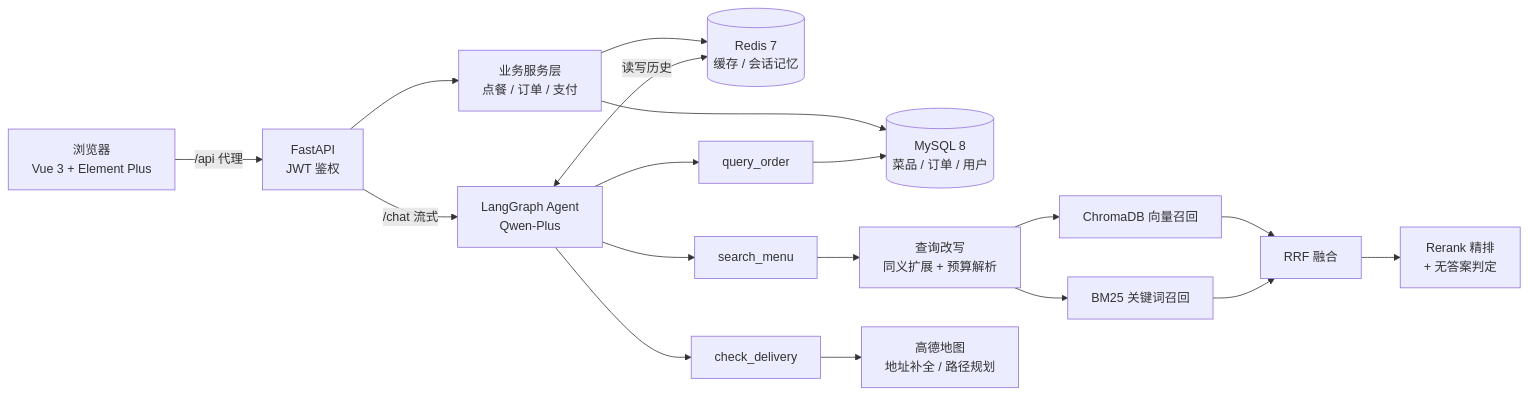
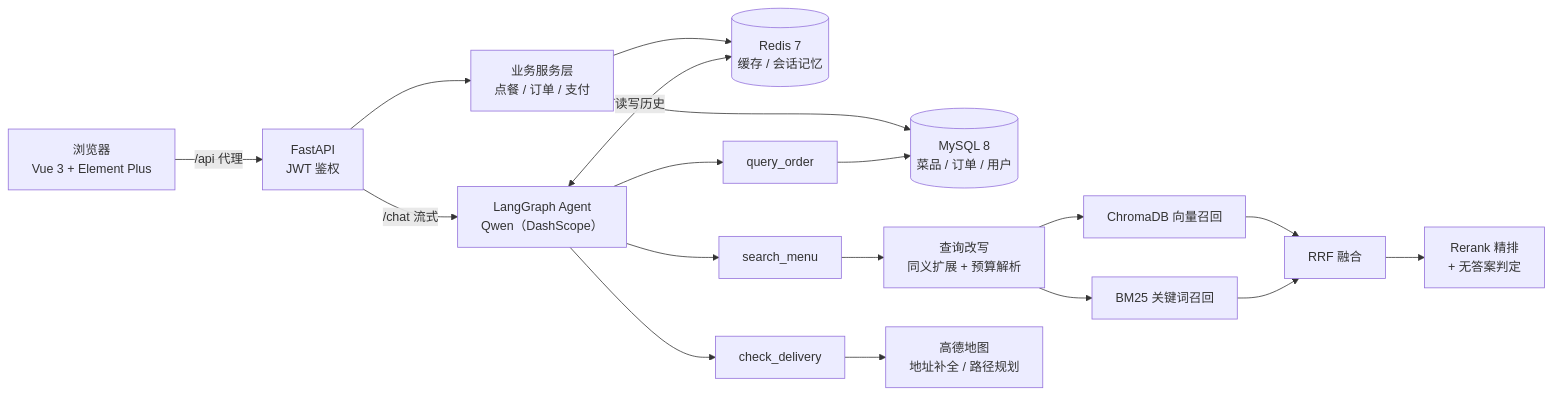
The diagram in README.md (Gunaie/AiMenu), drawn with Mermaid before and after one commit. The commit also changed other lines of this file and 4 other files, not shown here.

````diff
--- a/README.md
+++ b/README.md
@@ -35,23 +35,23 @@
 ```mermaid
 flowchart LR
     U[浏览器<br/>Vue 3 + Element Plus] -->|/api 代理| API[FastAPI<br/>JWT 鉴权]
     API --> S[业务服务层<br/>点餐 / 订单 / 支付]
     S --> DB[(MySQL 8<br/>菜品 / 订单 / 用户)]
     S --> R[(Redis 7<br/>缓存 / 会话记忆)]
 
-    API -->|/chat 流式| A[LangGraph Agent<br/>Qwen-Plus]
+    API -->|/chat 流式| A[LangGraph Agent<br/>Qwen（DashScope）]
     A --> T1[search_menu]
     A --> T2[check_delivery]
     A --> T3[query_order]
 
     T1 --> Q[查询改写<br/>同义扩展 + 预算解析]
     Q --> V[ChromaDB 向量召回]
     Q --> B[BM25 关键词召回]
     V --> F[RRF 融合]
     B --> F
     F --> RR[Rerank 精排<br/>+ 无答案判定]
 
     T2 --> AM[高德地图<br/>地址补全 / 路径规划]
     T3 --> DB
     A <-->|读写历史| R
 ```
````
